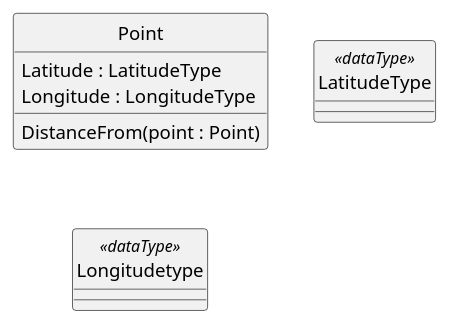
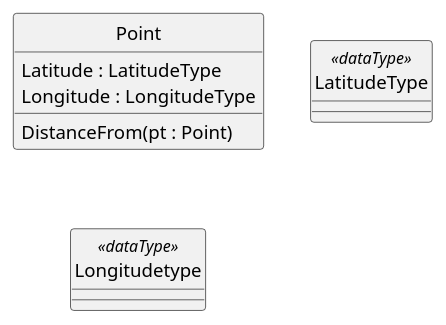
The diagram in uml/point2.puml (Charles1625/crop-production-ontology), drawn with PlantUML before and after one commit.

Commit message:
Experimenting with caching

```diff
--- a/uml/point2.puml
+++ b/uml/point2.puml
@@ -1,10 +1,10 @@
 @startuml
 hide circle
 class Point {
   Latitude : LatitudeType
   Longitude : LongitudeType
-  DistanceFrom(point : Point)
+  DistanceFrom(pt : Point)
 }
 class LatitudeType <<dataType>>
 class Longitudetype <<dataType>>
 @enduml
```
